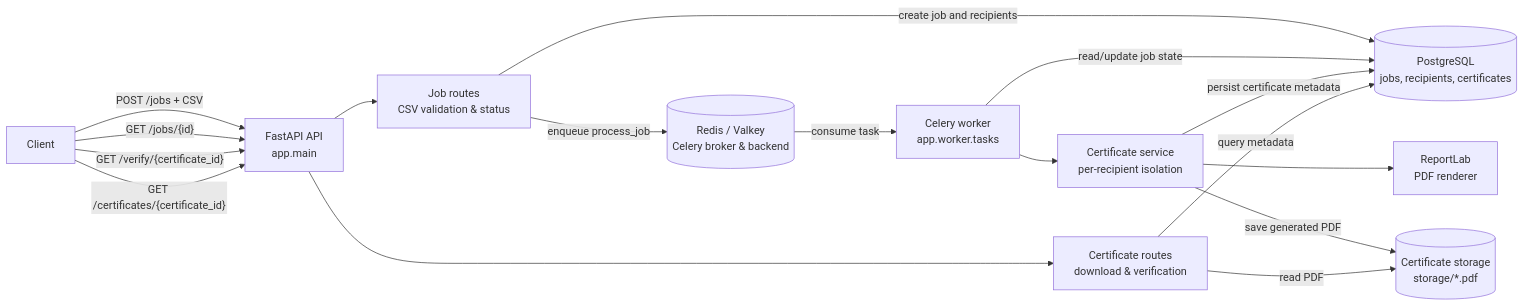
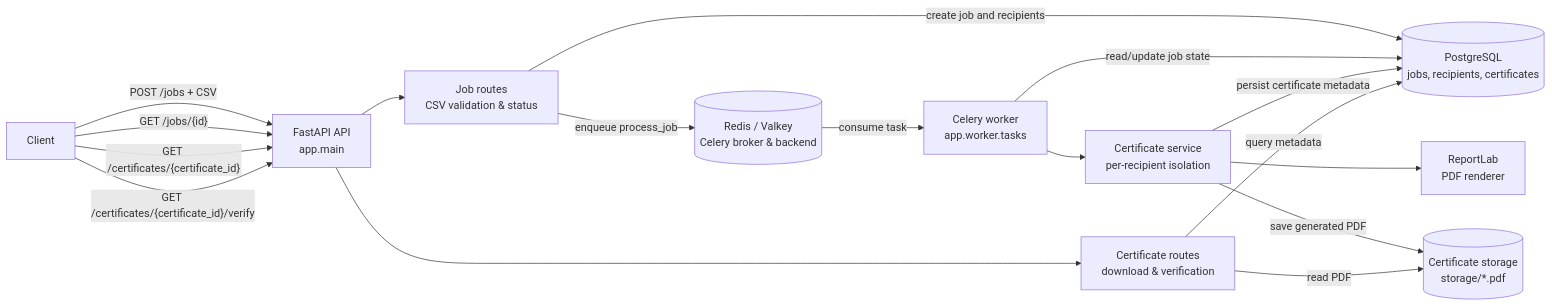
Before and after one commit to PushpakKumar12a/Bulk-Certificate-Generator: the diagram in README.md, drawn with Mermaid. The commit also changed other lines of this file and 4 other files, not shown here.

First line of the commit message:
refactor(routes): consolidate certificate endpoints and unify migration schema

````diff
--- a/README.md
+++ b/README.md
@@ -7,30 +7,30 @@
 ```mermaid
 graph LR
     client[Client]
     api[FastAPI API<br/>app.main]
     jobs[Job routes<br/>CSV validation & status]
     certs[Certificate routes<br/>download & verification]
     db[(PostgreSQL<br/>jobs, recipients, certificates)]
     broker[(Redis / Valkey<br/>Celery broker & backend)]
     worker[Celery worker<br/>app.worker.tasks]
     service[Certificate service<br/>per-recipient isolation]
     pdf[ReportLab<br/>PDF renderer]
     storage[(Certificate storage<br/>storage/*.pdf)]
 
     client -->|"POST /jobs + CSV"| api
     api --> jobs
     api --> certs
     jobs -->|"create job and recipients"| db
     jobs -->|"enqueue process_job"| broker
     broker -->|"consume task"| worker
     worker -->|"read/update job state"| db
     worker --> service
     service --> pdf
     service -->|"save generated PDF"| storage
     service -->|"persist certificate metadata"| db
     client -->|"GET /jobs/{id}"| api
-    client -->|"GET /verify/{certificate_id}"| api
     client -->|"GET /certificates/{certificate_id}"| api
+    client -->|"GET /certificates/{certificate_id}/verify"| api
     certs -->|"query metadata"| db
     certs -->|"read PDF"| storage
 ```
````
